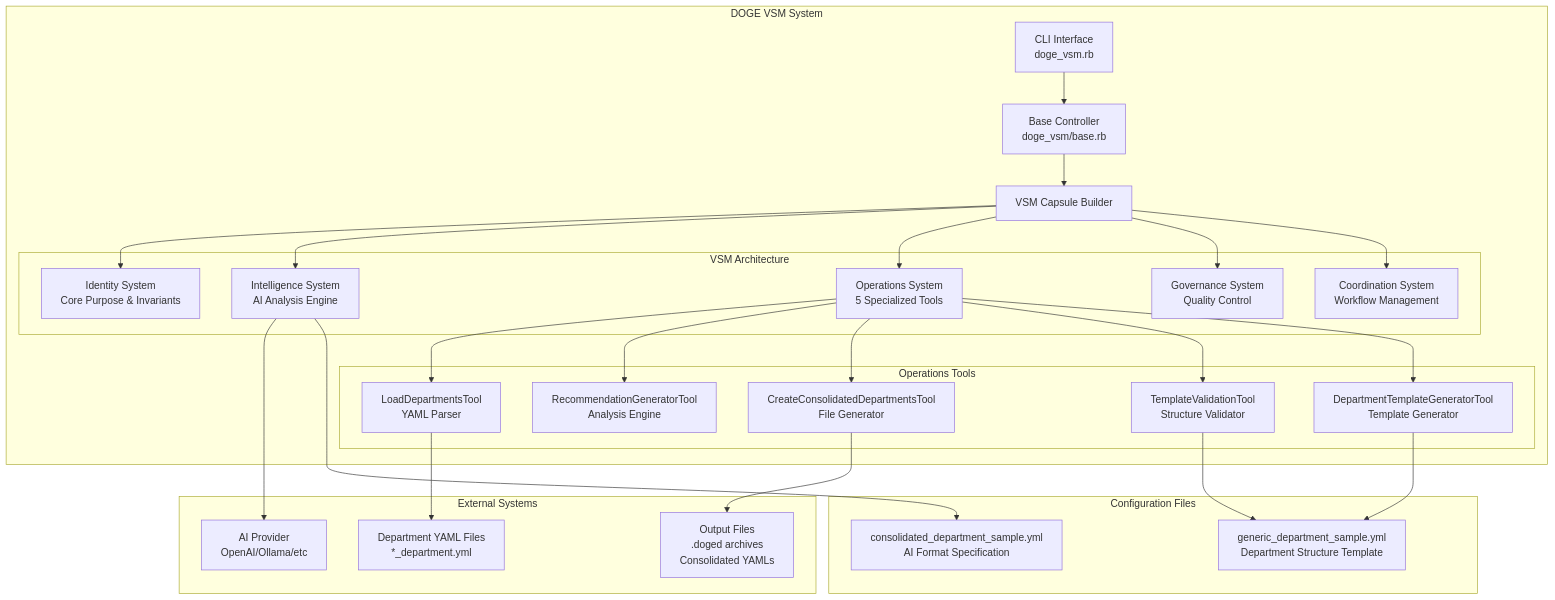
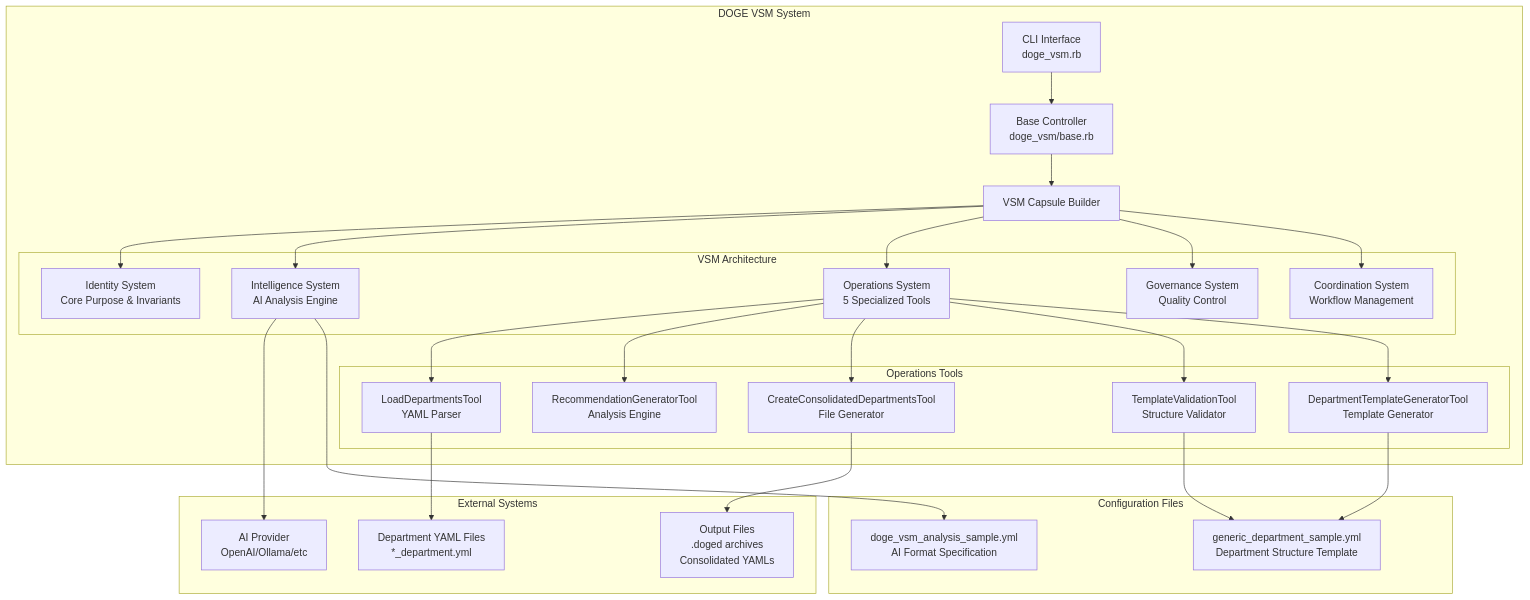
The first of 6 diagrams in smart_message/city_scenario_with_vsm/doge_vsm.md (MadBomber/experiments), drawn with Mermaid before and after one commit. The commit also changed other lines of this file and 1 other file, not shown here.

First line of the commit message:
Refactor Doge VSM Documentation for Clarity and Consistency

````diff
--- a/smart_message/city_scenario_with_vsm/doge_vsm.md
+++ b/smart_message/city_scenario_with_vsm/doge_vsm.md
@@ -19,54 +19,54 @@
 ```mermaid
 graph TB
     subgraph "DOGE VSM System"
         CLI[CLI Interface<br/>doge_vsm.rb] --> Base[Base Controller<br/>doge_vsm/base.rb]
         Base --> VSM[VSM Capsule Builder]
-        
+
         subgraph "VSM Architecture"
             Identity[Identity System<br/>Core Purpose & Invariants]
             Intelligence[Intelligence System<br/>AI Analysis Engine]
             Operations[Operations System<br/>5 Specialized Tools]
             Governance[Governance System<br/>Quality Control]
             Coordination[Coordination System<br/>Workflow Management]
         end
-        
+
         VSM --> Identity
         VSM --> Intelligence
         VSM --> Operations
         VSM --> Governance
         VSM --> Coordination
-        
+
         subgraph "Operations Tools"
             LoadTool[LoadDepartmentsTool<br/>YAML Parser]
             RecTool[RecommendationGeneratorTool<br/>Analysis Engine]
             ConsTool[CreateConsolidatedDepartmentsTool<br/>File Generator]
             ValidTool[TemplateValidationTool<br/>Structure Validator]
             GenTool[DepartmentTemplateGeneratorTool<br/>Template Generator]
         end
-        
+
         Operations --> LoadTool
         Operations --> RecTool
         Operations --> ConsTool
         Operations --> ValidTool
         Operations --> GenTool
     end
-    
+
     subgraph "External Systems"
         YAML[Department YAML Files<br/>*_department.yml]
         LLM[AI Provider<br/>OpenAI/Ollama/etc]
         Files[Output Files<br/>.doged archives<br/>Consolidated YAMLs]
     end
-    
+
     LoadTool --> YAML
     Intelligence --> LLM
     ConsTool --> Files
-    
+
     subgraph "Configuration Files"
         Template[generic_department_sample.yml<br/>Department Structure Template]
-        ConsolidationTemplate[consolidated_department_sample.yml<br/>AI Format Specification]
+        ConsolidationTemplate[doge_vsm_analysis_sample.yml<br/>AI Format Specification]
     end
-    
+
     Intelligence --> ConsolidationTemplate
     ValidTool --> Template
     GenTool --> Template
 ```
````
